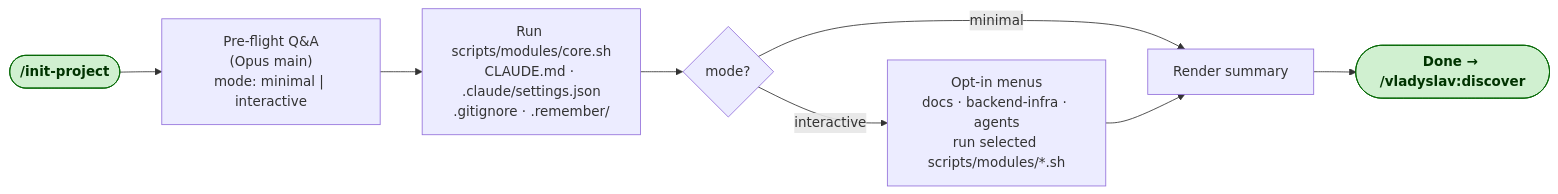
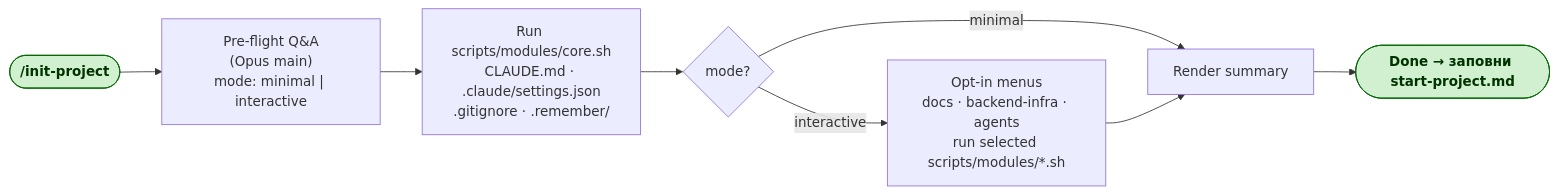
The first of 12 diagrams in docs/diagrams/skill-flows.md (VladislavSournine/vladyslav-skills), drawn with Mermaid before and after one commit. The commit also changed other lines of this file and 32 other files, not shown here.

````diff
--- a/docs/diagrams/skill-flows.md
+++ b/docs/diagrams/skill-flows.md
@@ -11,13 +11,13 @@
 ```mermaid
 flowchart LR
     A([/init-project]):::start --> B["Pre-flight Q&A<br/>(Opus main)<br/>mode: minimal | interactive"]
     B --> C["Run scripts/modules/core.sh<br/>CLAUDE.md · .claude/settings.json<br/>.gitignore · .remember/"]
     C --> D{mode?}
     D -- minimal --> F[Render summary]
     D -- interactive --> E["Opt-in menus<br/>docs · backend-infra · agents<br/>run selected scripts/modules/*.sh"]
     E --> F
-    F --> G([Done → /vladyslav:discover]):::done
+    F --> G([Done → заповни start-project.md]):::done
 
     classDef start fill:#d0f0d0,stroke:#006600,color:#003300,font-weight:bold
     classDef done  fill:#d0f0d0,stroke:#006600,color:#003300,font-weight:bold
 ```
````
